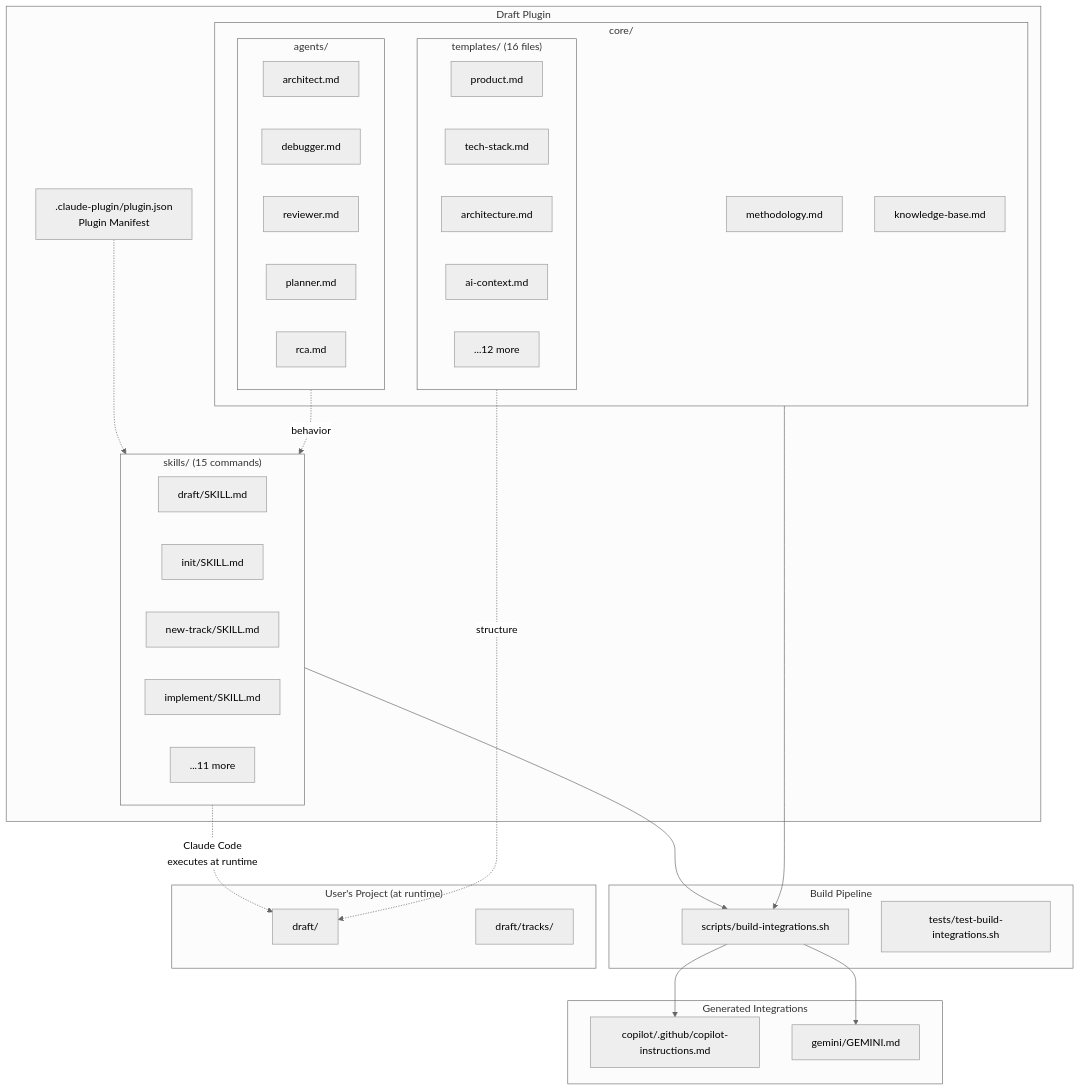
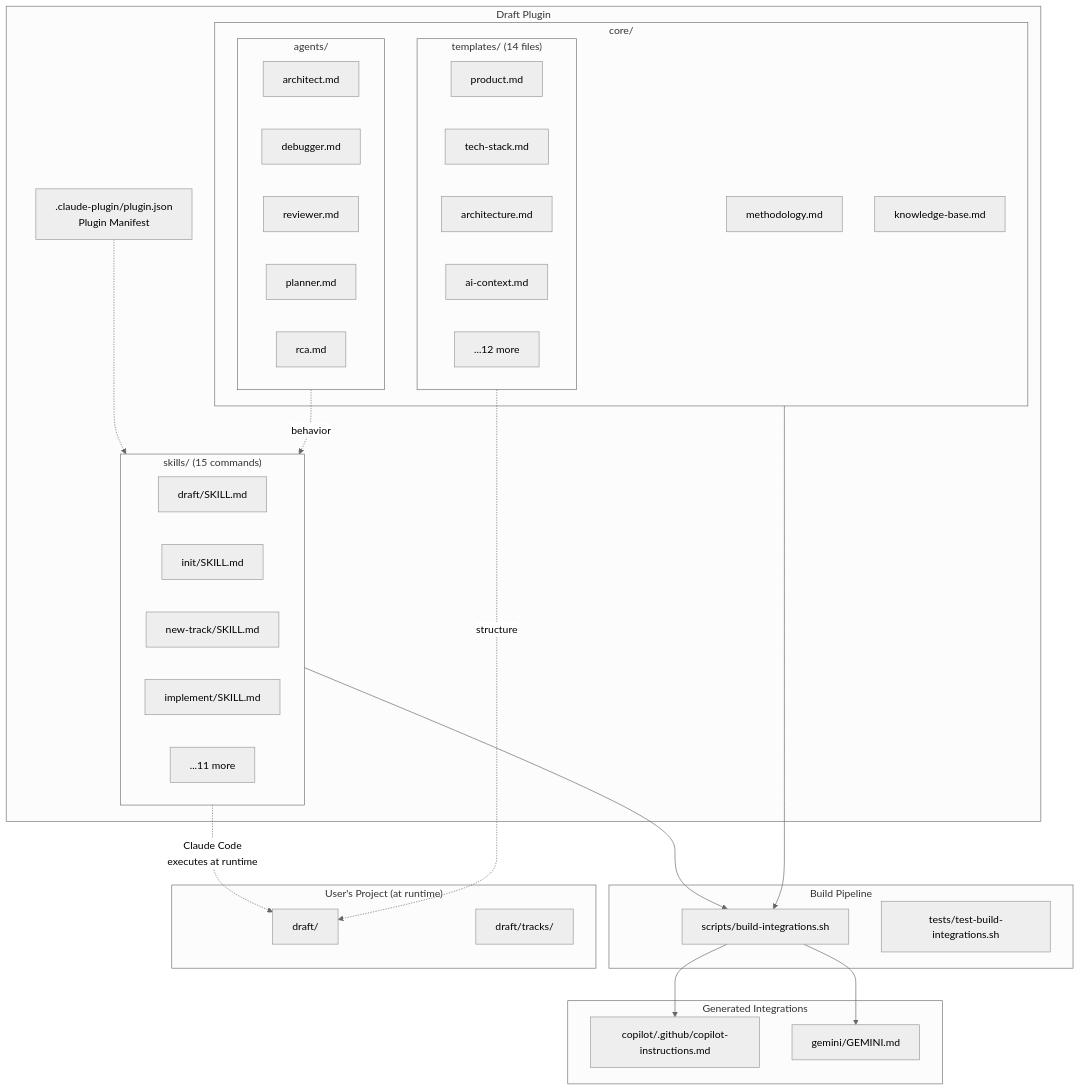
Before and after one commit to mayurpise/draft: the first of 9 diagrams in draft/architecture.md, drawn with Mermaid (neutral theme). The commit also changed other lines of this file and 3 other files, not shown here.

````diff
--- a/draft/architecture.md
+++ b/draft/architecture.md
@@ -125,55 +125,55 @@
 ```mermaid
 flowchart TD
     subgraph Plugin["Draft Plugin"]
         PJ[".claude-plugin/plugin.json<br/>Plugin Manifest"]
         subgraph Skills["skills/ (15 commands)"]
             S1["draft/SKILL.md"]
             S2["init/SKILL.md"]
             S3["new-track/SKILL.md"]
             S4["implement/SKILL.md"]
             S5["...11 more"]
         end
         subgraph Core["core/"]
             M["methodology.md"]
             KB["knowledge-base.md"]
             subgraph Agents["agents/"]
                 A1["architect.md"]
                 A2["debugger.md"]
                 A3["reviewer.md"]
                 A4["planner.md"]
                 A5["rca.md"]
             end
-            subgraph Templates["templates/ (16 files)"]
+            subgraph Templates["templates/ (14 files)"]
                 T1["product.md"]
                 T2["tech-stack.md"]
                 T3["architecture.md"]
                 T4["ai-context.md"]
                 T5["...12 more"]
             end
         end
     end
 
     subgraph Build["Build Pipeline"]
         BS["scripts/build-integrations.sh"]
         TS["tests/test-build-integrations.sh"]
     end
 
     subgraph Output["Generated Integrations"]
         CO["copilot/.github/copilot-instructions.md"]
         GE["gemini/GEMINI.md"]
     end
 
     subgraph UserProject["User's Project (at runtime)"]
         DP["draft/"]
         TR["draft/tracks/"]
     end
 
     PJ -.-> Skills
     Skills --> BS
     Core --> BS
     BS --> CO
     BS --> GE
     Skills -.->|"Claude Code<br/>executes at runtime"| DP
     Templates -.->|"structure"| DP
     Agents -.->|"behavior"| Skills
 ```
````
